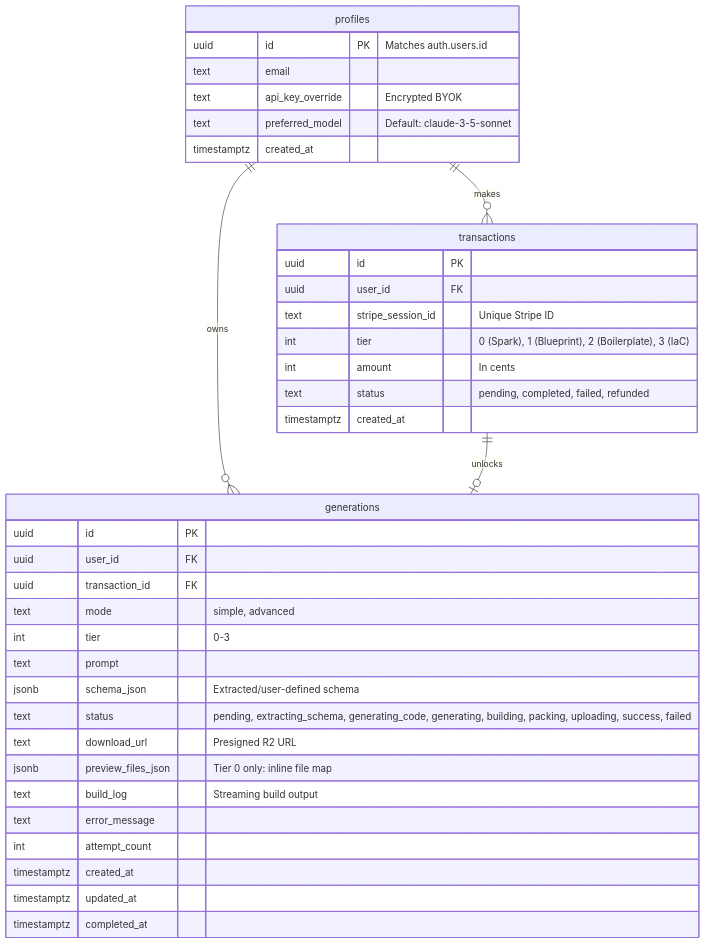
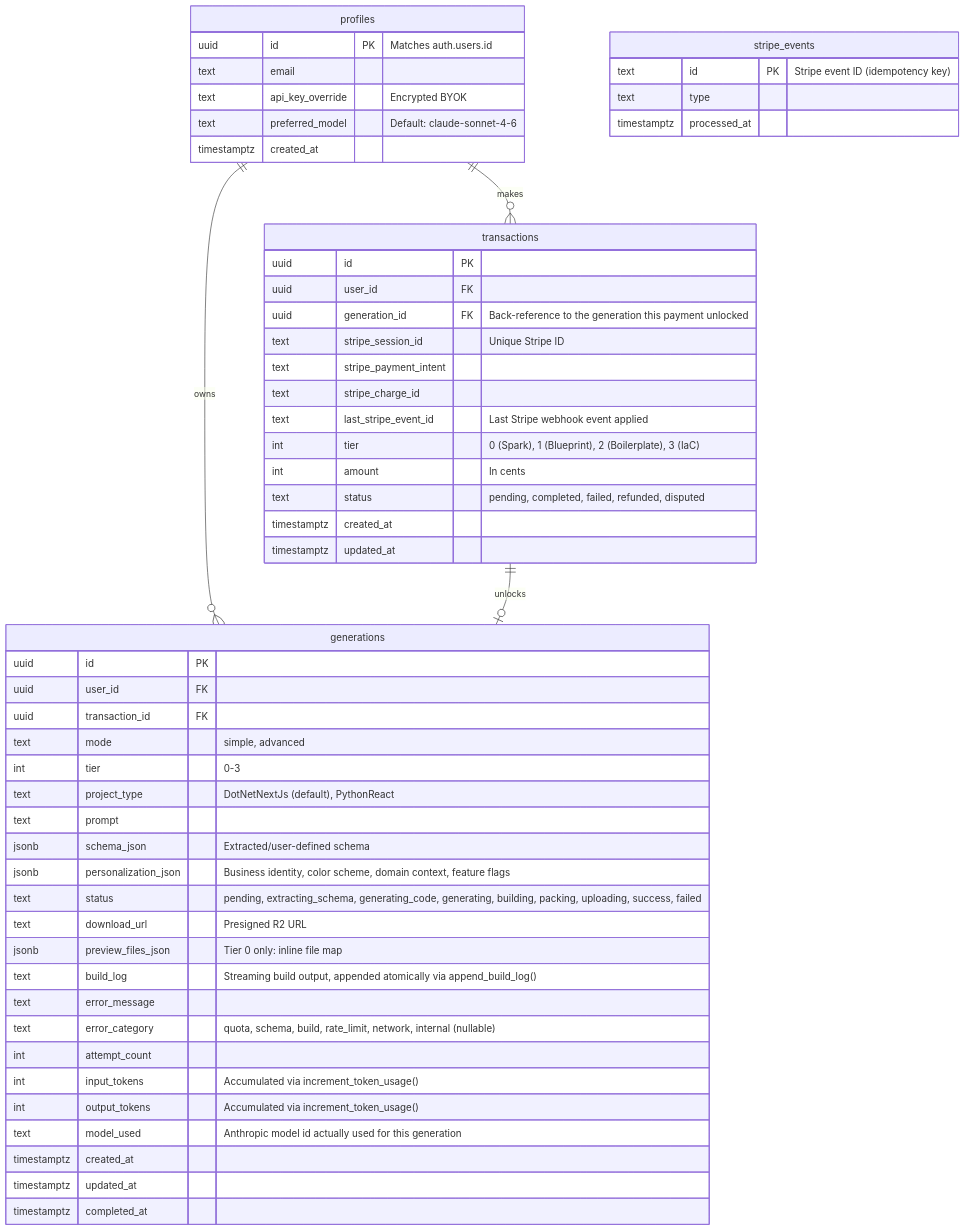
The diagram in docs/architecture/Database ERD.md (stevenfackley/StackAlchemist), drawn with Mermaid before and after one commit. The commit also changed other lines of this file and 8 other files, not shown here.

Commit message:
docs: reconcile stale docs with current code (model default, ERD, versions, expiry)

````diff
--- a/docs/architecture/Database ERD.md
+++ b/docs/architecture/Database ERD.md
@@ -7,45 +7,62 @@
 ```mermaid
 erDiagram
     %% Entities
     profiles {
         uuid id PK "Matches auth.users.id"
         text email
         text api_key_override "Encrypted BYOK"
-        text preferred_model "Default: claude-3-5-sonnet"
+        text preferred_model "Default: claude-sonnet-4-6"
         timestamptz created_at
     }
 
     transactions {
         uuid id PK
         uuid user_id FK
+        uuid generation_id FK "Back-reference to the generation this payment unlocked"
         text stripe_session_id "Unique Stripe ID"
+        text stripe_payment_intent
+        text stripe_charge_id
+        text last_stripe_event_id "Last Stripe webhook event applied"
         int tier "0 (Spark), 1 (Blueprint), 2 (Boilerplate), 3 (IaC)"
         int amount "In cents"
-        text status "pending, completed, failed, refunded"
+        text status "pending, completed, failed, refunded, disputed"
         timestamptz created_at
+        timestamptz updated_at
     }
 
     generations {
         uuid id PK
         uuid user_id FK
         uuid transaction_id FK
         text mode "simple, advanced"
         int tier "0-3"
+        text project_type "DotNetNextJs (default), PythonReact"
         text prompt
         jsonb schema_json "Extracted/user-defined schema"
+        jsonb personalization_json "Business identity, color scheme, domain context, feature flags"
         text status "pending, extracting_schema, generating_code, generating, building, packing, uploading, success, failed"
         text download_url "Presigned R2 URL"
         jsonb preview_files_json "Tier 0 only: inline file map"
-        text build_log "Streaming build output"
+        text build_log "Streaming build output, appended atomically via append_build_log()"
         text error_message
+        text error_category "quota, schema, build, rate_limit, network, internal (nullable)"
         int attempt_count
+        int input_tokens "Accumulated via increment_token_usage()"
+        int output_tokens "Accumulated via increment_token_usage()"
+        text model_used "Anthropic model id actually used for this generation"
         timestamptz created_at
         timestamptz updated_at
         timestamptz completed_at
+    }
+
+    stripe_events {
+        text id PK "Stripe event ID (idempotency key)"
+        text type
+        timestamptz processed_at
     }
 
     %% Relationships
     profiles ||--o{ transactions : "makes"
     profiles ||--o{ generations : "owns"
     transactions ||--o| generations : "unlocks"
 ```
````
